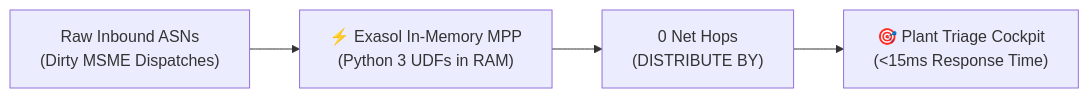
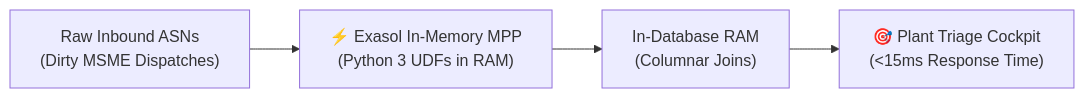
Before and after one commit to Khprateek/mangrove: the first of 4 diagrams in pitch/PRESENTATION_SLIDES_DECK.md, drawn with Mermaid. The commit also changed other lines of this file and 5 other files, not shown here.

````diff
--- a/pitch/PRESENTATION_SLIDES_DECK.md
+++ b/pitch/PRESENTATION_SLIDES_DECK.md
@@ -19,6 +37,11 @@
 ```mermaid
+
 flowchart LR
+
     A["Raw Inbound ASNs<br/>(Dirty MSME Dispatches)"] --> B["⚡ Exasol In-Memory MPP<br/>(Python 3 UDFs in RAM)"]
-    B --> C["0 Net Hops<br/>(DISTRIBUTE BY)"]
+
+    B --> C["In-Database RAM<br/>(Columnar Joins)"]
+
     C --> D["🎯 Plant Triage Cockpit<br/>(&lt;15ms Response Time)"]
+
 ```
````
